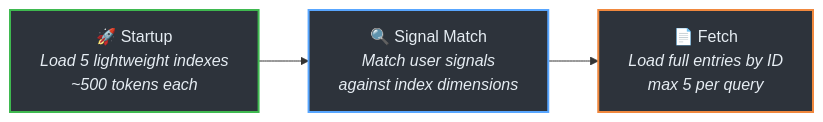
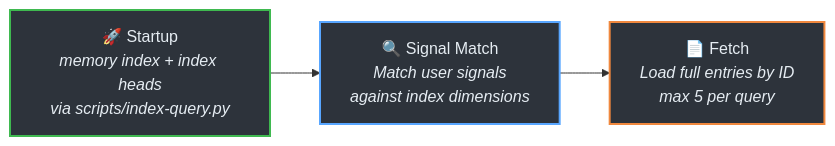
Before and after one commit to Warner-Bell/The-Nathaniel-Protocol: the third of 3 diagrams in README.md, drawn with Mermaid. The commit also changed other lines of this file and 125 other files, not shown here.

````diff
--- a/README.md
+++ b/README.md
@@ -586,9 +635,9 @@
 ```mermaid
 graph LR
-    A["🚀 Startup<br><i>Load 5 lightweight indexes<br>~500 tokens each</i>"] --> B["🔍 Signal Match<br><i>Match user signals<br>against index dimensions</i>"]
+    A["🚀 Startup<br><i>memory index + index heads<br>via scripts/index-query.py</i>"] --> B["🔍 Signal Match<br><i>Match user signals<br>against index dimensions</i>"]
     B --> C["📄 Fetch<br><i>Load full entries by ID<br>max 5 per query</i>"]
 
     style A fill:#2d333b,stroke:#3fb950,stroke-width:2px,color:#e6edf3
     style B fill:#2d333b,stroke:#58a6ff,stroke-width:2px,color:#e6edf3
     style C fill:#2d333b,stroke:#f0883e,stroke-width:2px,color:#e6edf3
 ```
````
